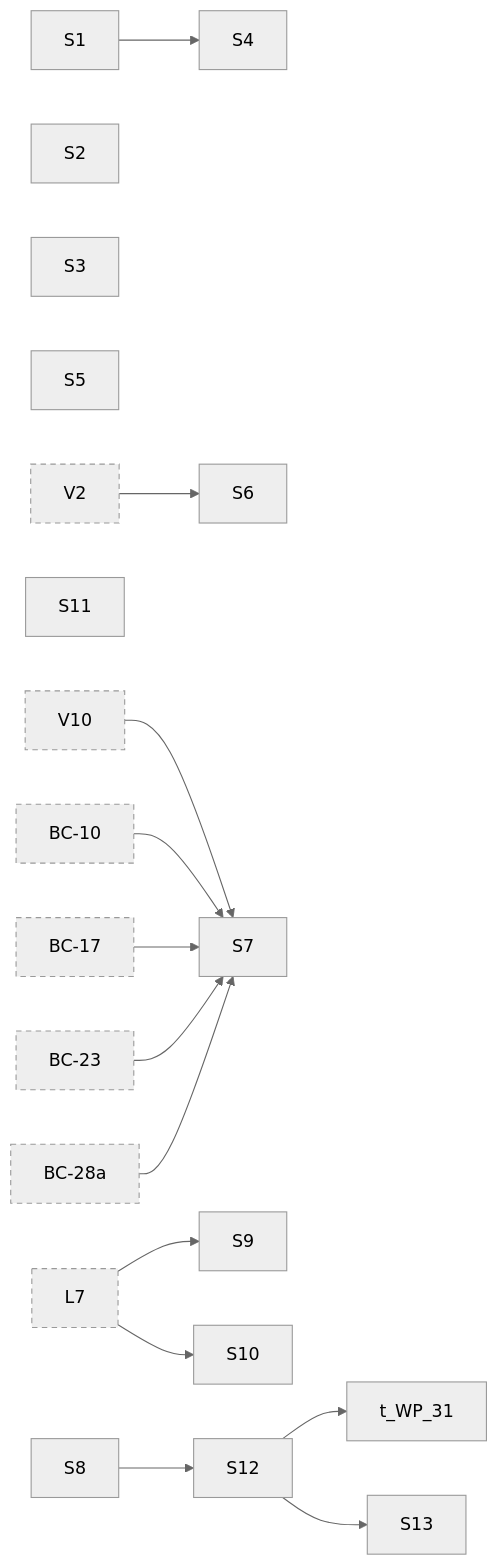
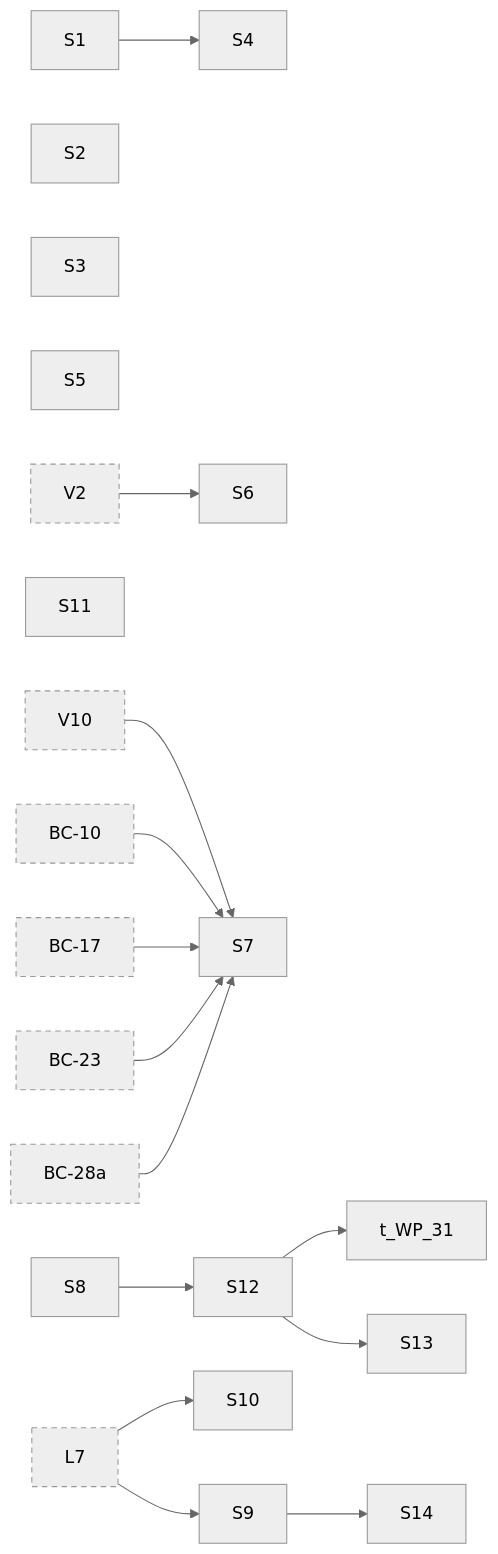
Before and after one commit to jhoblitt/rgw-go: the second of 11 diagrams in docs/superpowers/plans/2026-10-13-phase-2/dependencies.md, drawn with Mermaid (neutral theme). The commit also changed other lines of this file and 1 other file, not shown here.

Commit message:
docs(plan): add task S14, a Deny reads the request context Amazon S3 builds
S9 holds a Deny's negated operator on an absent key, as Amazon S3 does,
but rgw-go's request context lacks keys Amazon S3 always sets:
aws:SecureTransport is never false, aws:CurrentTime and aws:EpochTime are
swapped, and most of the S3 condition keys are never set. S14 gives a
Deny statement's conditions those keys at Amazon S3's values, wherever
rgw-go knows them, and leaves an Allow on radosgw's context.

````diff
--- a/docs/superpowers/plans/2026-10-13-phase-2/dependencies.md
+++ b/docs/superpowers/plans/2026-10-13-phase-2/dependencies.md
@@ -55,56 +55,59 @@
 ```mermaid
 flowchart LR
   t_S1["S1"]
   t_S2["S2"]
   t_S3["S3"]
   t_S4["S4"]
   t_S5["S5"]
   t_S6["S6"]
   t_S7["S7"]
   t_S8["S8"]
   t_S9["S9"]
   t_S10["S10"]
   t_S11["S11"]
   t_S12["S12"]
   t_S13["S13"]
+  t_S14["S14"]
   t_V2["V2"]:::ext
   t_V10["V10"]:::ext
   t_BC_10["BC-10"]:::ext
   t_BC_17["BC-17"]:::ext
   t_BC_23["BC-23"]:::ext
   t_BC_28a["BC-28a"]:::ext
   t_L7["L7"]:::ext
   t_S1 --> t_S4
   t_V2 --> t_S6
   t_V10 --> t_S7
   t_BC_10 --> t_S7
   t_BC_17 --> t_S7
   t_BC_23 --> t_S7
   t_BC_28a --> t_S7
   t_L7 --> t_S9
   t_L7 --> t_S10
   t_S8 --> t_S12
   t_S12 --> t_WP_31
   t_S12 --> t_S13
+  t_S9 --> t_S14
   click t_S1 href "https://github.com/jhoblitt/rgw-go/blob/main/docs/superpowers/plans/2026-10-13-phase-2/00-index.md#task-s1-fakeradoss-rgw-class-as-method-tables" "S1: fakerados's rgw class as method tables"
   click t_S2 href "https://github.com/jhoblitt/rgw-go/blob/main/docs/superpowers/plans/2026-10-13-phase-2/00-index.md#task-s2-route-sets-per-feature-and-the-env-slots" "S2: route sets per feature and the Env slots"
   click t_S3 href "https://github.com/jhoblitt/rgw-go/blob/main/docs/superpowers/plans/2026-10-13-phase-2/00-index.md#task-s3-one-aws-correct-ispublic" "S3: one AWS-correct IsPublic"
   click t_S4 href "https://github.com/jhoblitt/rgw-go/blob/main/docs/superpowers/plans/2026-10-13-phase-2/00-index.md#task-s4-fakerados-refuses-an-unregistered-class-method-at-op-setup" "S4: fakerados refuses an unregistered class method at op setup"
   click t_S5 href "https://github.com/jhoblitt/rgw-go/blob/main/docs/superpowers/plans/2026-10-13-phase-2/00-index.md#task-s5-ignorepublicacls-ignores-swifts-public-container-grants" "S5: IgnorePublicAcls ignores Swift's public container grants"
   click t_S6 href "https://github.com/jhoblitt/rgw-go/blob/main/docs/superpowers/plans/2026-10-13-phase-2/00-index.md#task-s6-one-choose_from" "S6: one choose_from"
   click t_S7 href "https://github.com/jhoblitt/rgw-go/blob/main/docs/superpowers/plans/2026-10-13-phase-2/00-index.md#task-s7-one-schema-scanner-for-s3-xml-request-bodies" "S7: one schema scanner for S3 XML request bodies"
   click t_S8 href "https://github.com/jhoblitt/rgw-go/blob/main/docs/superpowers/plans/2026-10-13-phase-2/00-index.md#task-s8-a-deny-that-names-notaction-refuses-every-action-it-does-not-name" "S8: a Deny that names NotAction refuses every action it does not name"
   click t_S9 href "https://github.com/jhoblitt/rgw-go/blob/main/docs/superpowers/plans/2026-10-13-phase-2/00-index.md#task-s9-a-denys-condition-holds-where-amazon-s3s-or-radosgws-evaluation-holds" "S9: a Deny's condition holds where Amazon S3's or radosgw's evaluation holds"
   click t_S10 href "https://github.com/jhoblitt/rgw-go/blob/main/docs/superpowers/plans/2026-10-13-phase-2/00-index.md#task-s10-a-denys-condition-key-names-match-without-regard-to-case" "S10: a Deny's condition key names match without regard to case"
   click t_S11 href "https://github.com/jhoblitt/rgw-go/blob/main/docs/superpowers/plans/2026-10-13-phase-2/00-index.md#task-s11-a-bound-on-an-xml-request-bodys-elements-and-depth" "S11: a bound on an XML request body's elements and depth"
   click t_S12 href "https://github.com/jhoblitt/rgw-go/blob/main/docs/superpowers/plans/2026-10-13-phase-2/00-index.md#task-s12-the-object-writes-authorize-the-acl-and-tags-they-set-as-amazon-s3-does" "S12: the object writes authorize the ACL and tags they set as Amazon S3 does"
   click t_S13 href "https://github.com/jhoblitt/rgw-go/blob/main/docs/superpowers/plans/2026-10-13-phase-2/00-index.md#task-s13-copyobject-and-createmultipartupload-evaluate-s3putobject-with-the-acl-and-tag-condition-keys" "S13: CopyObject and CreateMultipartUpload evaluate s3:PutObject with the ACL and tag condition keys"
+  click t_S14 href "https://github.com/jhoblitt/rgw-go/blob/main/docs/superpowers/plans/2026-10-13-phase-2/00-index.md#task-s14-a-deny-reads-the-request-context-amazon-s3-builds" "S14: a Deny reads the request context Amazon S3 builds"
   click t_V2 href "https://github.com/jhoblitt/rgw-go/blob/main/docs/superpowers/plans/2026-10-13-phase-2/V-versioning.md#task-v2-meta-olh-head-types-and-bucket-helpers" "V2: meta OLH head types and bucket helpers"
   click t_V10 href "https://github.com/jhoblitt/rgw-go/blob/main/docs/superpowers/plans/2026-10-13-phase-2/V-versioning.md#task-v10-op-and-s3-putbucketversioning-and-getbucketversioning" "V10: op and s3, PutBucketVersioning and GetBucketVersioning"
   click t_BC_10 href "https://github.com/jhoblitt/rgw-go/blob/main/docs/superpowers/plans/2026-10-13-phase-2/B-bucket-config.md#task-bc-10-website-semantics-and-xml" "BC-10: Website semantics and XML"
   click t_BC_17 href "https://github.com/jhoblitt/rgw-go/blob/main/docs/superpowers/plans/2026-10-13-phase-2/B-bucket-config.md#task-bc-17-block-xml" "BC-17: Block XML"
   click t_BC_23 href "https://github.com/jhoblitt/rgw-go/blob/main/docs/superpowers/plans/2026-10-13-phase-2/B-bucket-config.md#task-bc-23-encryption-configuration-type" "BC-23: Encryption configuration type"
   click t_BC_28a href "https://github.com/jhoblitt/rgw-go/blob/main/docs/superpowers/plans/2026-10-13-phase-2/B-bucket-config.md#task-bc-28a-ownership-type" "BC-28a: Ownership type"
   click t_L7 href "https://github.com/jhoblitt/rgw-go/blob/main/docs/superpowers/plans/2026-10-13-phase-2/L-object-lock.md#task-l7-a-policys-object-lock-condition-keys-constrain-the-lock-a-request-sets" "L7: a policy's object-lock condition keys constrain the lock a request sets"
   classDef ext stroke-dasharray: 5 4
 ```
````
